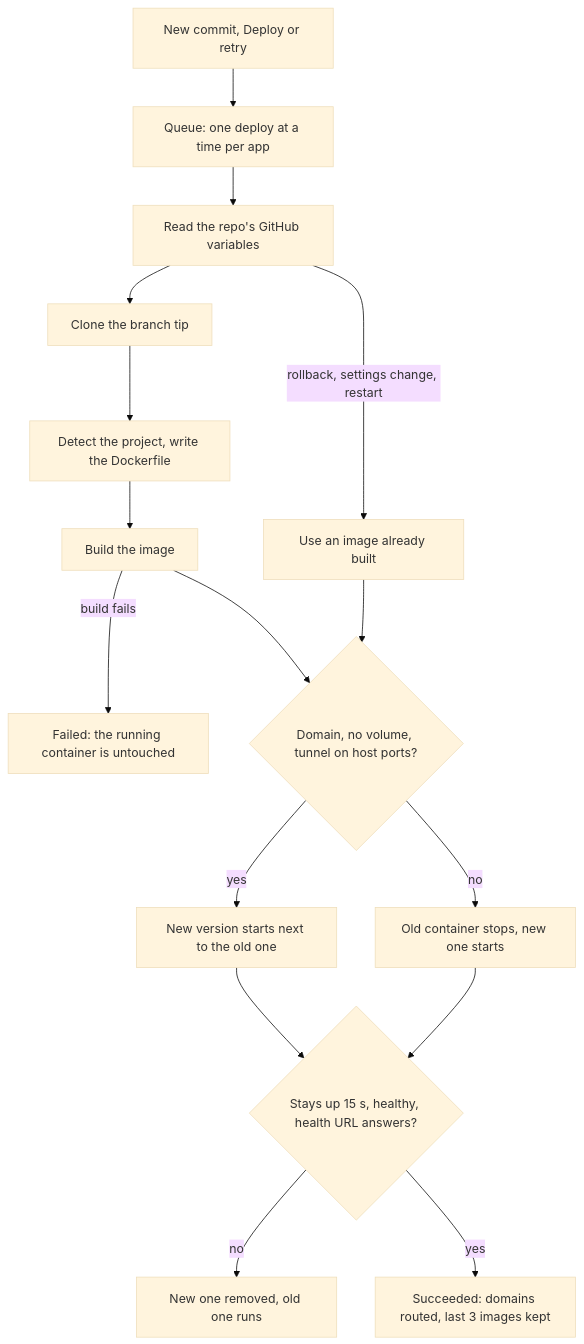
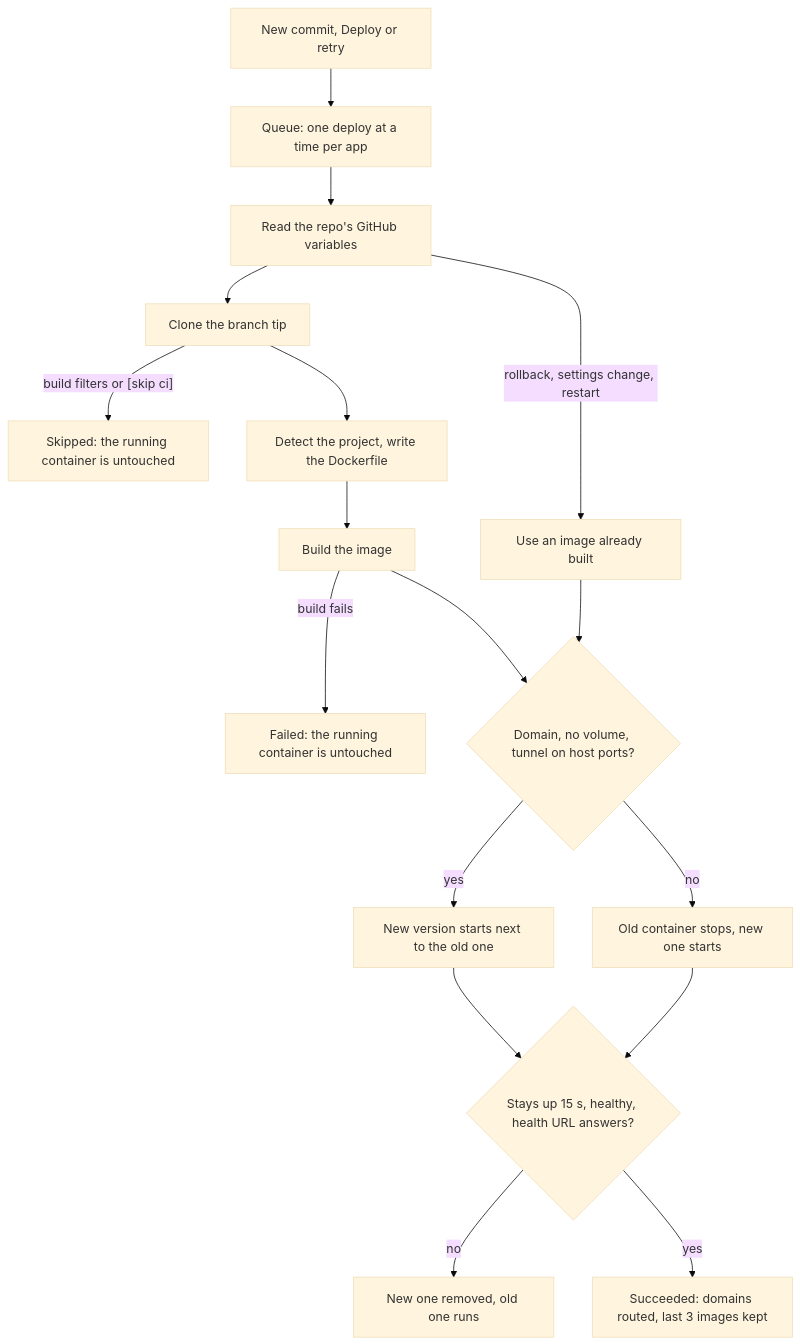
The first of 3 diagrams in docs/concepts/how-deploys-work.md (johnhowelljr/Gitberth), drawn with Mermaid (base theme) before and after one commit. The commit also changed other lines of this file and 70 other files, not shown here.

First line of the commit message:
1.2: build filters, build cache, and deploy hooks

````diff
--- a/docs/concepts/how-deploys-work.md
+++ b/docs/concepts/how-deploys-work.md
@@ -9,18 +9,19 @@
 ```mermaid
 flowchart TD
     start["New commit, Deploy or retry"] --> queue["Queue: one deploy at a time per app"]
     queue --> vars["Read the repo's GitHub variables"]
     vars --> clone["Clone the branch tip"]
     vars -->|"rollback, settings change, restart"| built["Use an image already built"]
+    clone -->|"build filters or [skip ci]"| skipped["Skipped: the running container is untouched"]
     clone --> dockerfile["Detect the project, write the Dockerfile"]
     dockerfile --> build["Build the image"]
     build -->|"build fails"| untouched["Failed: the running container is untouched"]
     build --> swap{"Domain, no volume, tunnel on host ports?"}
     built --> swap
     swap -->|"yes"| side["New version starts next to the old one"]
     swap -->|"no"| usual["Old container stops, new one starts"]
     side --> checks{"Stays up 15 s, healthy, health URL answers?"}
     usual --> checks
     checks -->|"no"| back["New one removed, old one runs"]
     checks -->|"yes"| done["Succeeded: domains routed, last 3 images kept"]
 ```
````
